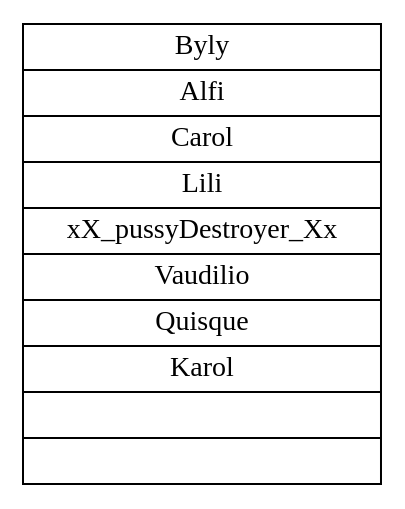
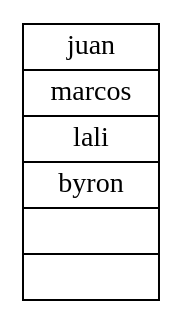
Before and after one commit to ByLy23/Scrabble_CPP: the diagram in postOrden.dot, drawn with Graphviz. The commit also changed 22 other files, not shown here.

```diff
--- a/postOrden.dot
+++ b/postOrden.dot
@@ -1,4 +1,4 @@
 digraph graficaPostrden{ 
  linkdir=LR 
- arreglo[shape= record label= "{Byly|Alfi|Carol|Lili|xX_pussyDestroyer_Xx|Vaudilio|Quisque|Karol||}"];
+ arreglo[shape= record label= "{juan|marcos|lali|byron||}"];
 }
```
